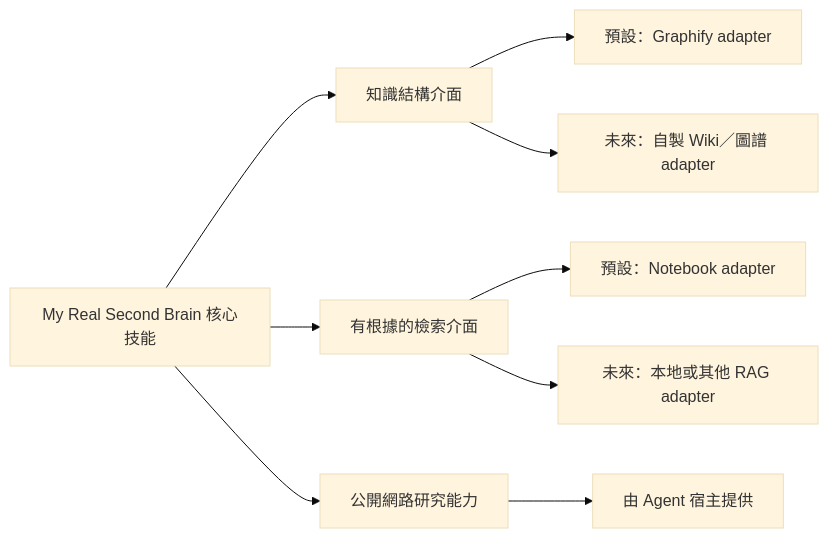
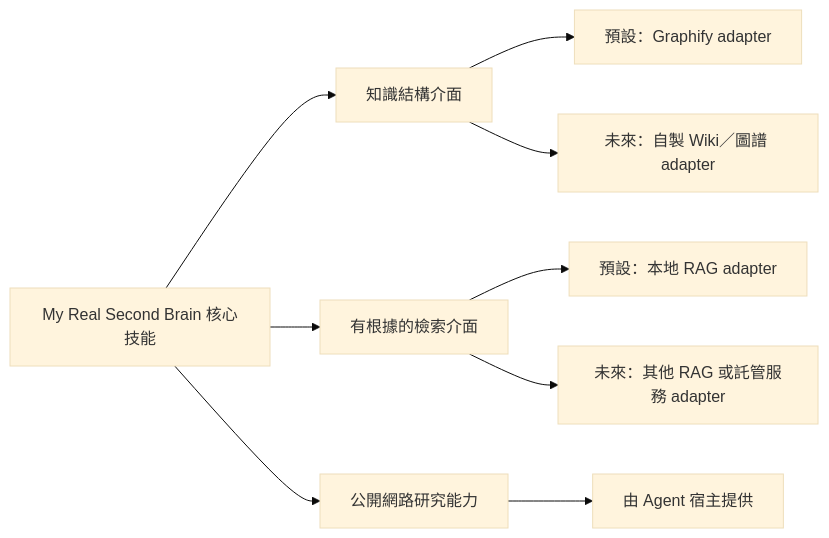
One commit to iamraven-tw/raven-ai-workflow-toolbox changed the diagram in skill-packs/ai-knowledge-base/docs/providers.md. Above: the diagram before and after it, drawn with Mermaid (base theme). The commit also changed other lines of this file and 62 other files, not shown here.

````diff
--- a/skill-packs/ai-knowledge-base/docs/providers.md
+++ b/skill-packs/ai-knowledge-base/docs/providers.md
@@ -63,11 +64,11 @@
 ```mermaid
 flowchart LR
     A["My Real Second Brain 核心技能"] --> B["知識結構介面"]
     A --> C["有根據的檢索介面"]
     A --> H["公開網路研究能力"]
     B --> D["預設：Graphify adapter"]
     B --> E["未來：自製 Wiki／圖譜 adapter"]
-    C --> F["預設：Notebook adapter"]
-    C --> G["未來：本地或其他 RAG adapter"]
+    C --> F["預設：本地 RAG adapter"]
+    C --> G["未來：其他 RAG 或託管服務 adapter"]
     H --> I["由 Agent 宿主提供"]
 ```
````
